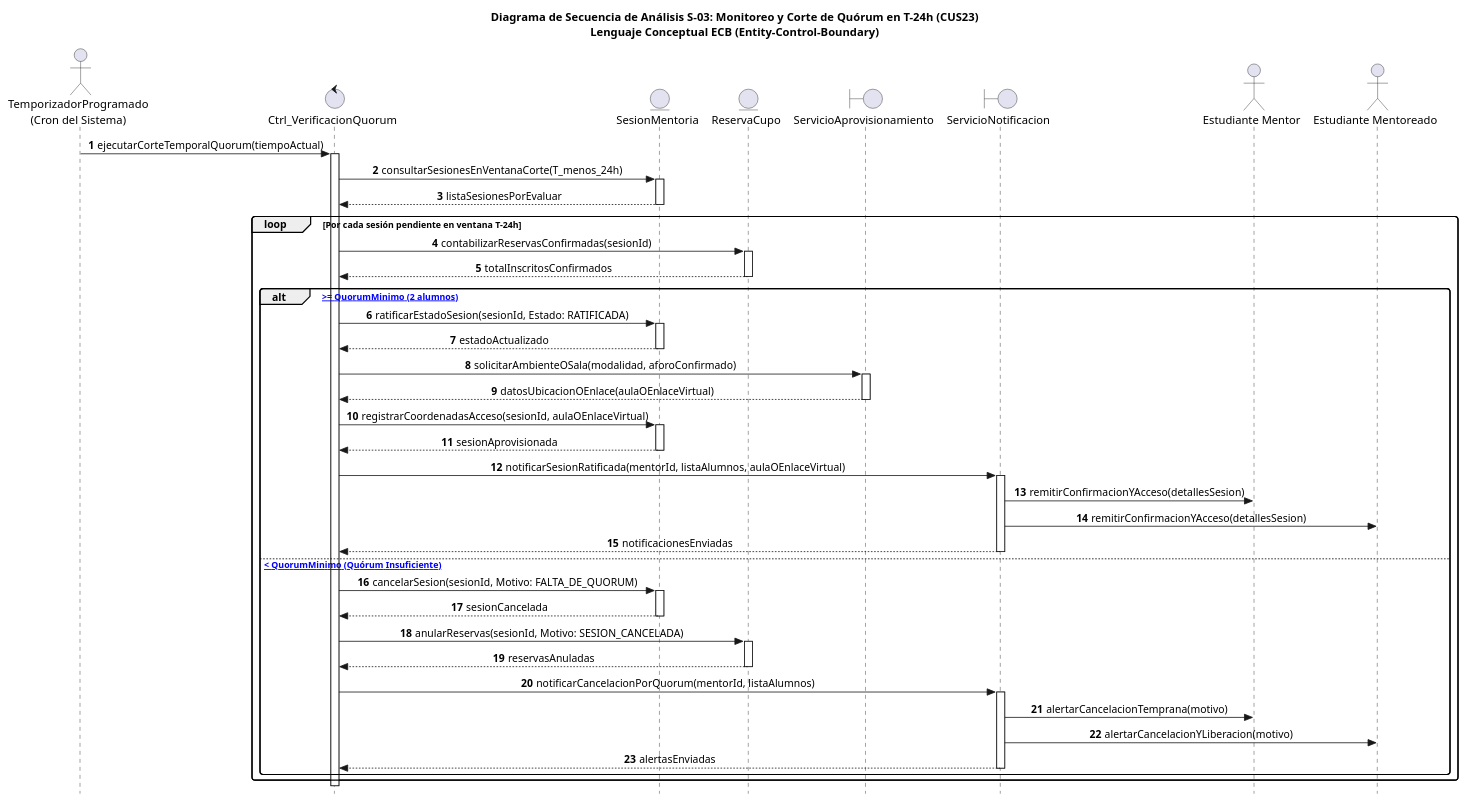
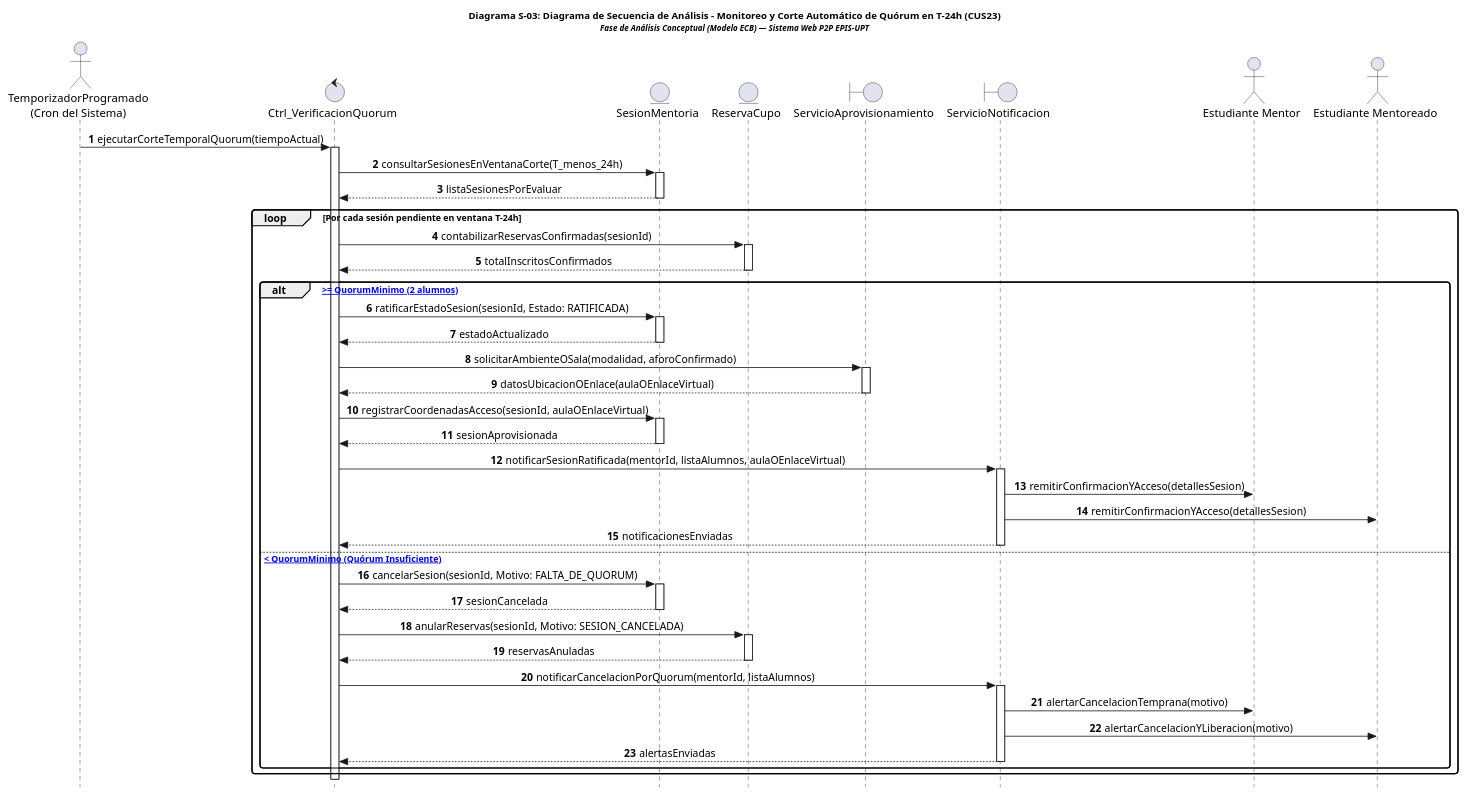
One commit to JMedina255/sistema_web_p2p changed the third of 4 diagrams in docs/diagramas_secuencia_pruebas.md. Above: the diagram before and after it, drawn with PlantUML. The commit also changed other lines of this file and 3 other files, not shown here.

Commit message:
docs: refactorizar diagramas_de_secuencia.md con estandar formal SAD de analisis ECB y titulos explictos en PlantUML

````diff
--- a/docs/diagramas_secuencia_pruebas.md
+++ b/docs/diagramas_secuencia_pruebas.md
@@ -215,6 +215,6 @@
 ```plantuml
 @startuml
-title Diagrama de Secuencia de Análisis S-03: Monitoreo y Corte de Quórum en T-24h (CUS23)\nLenguaje Conceptual ECB (Entity-Control-Boundary)
+title <size:12><b>Diagrama S-03: Diagrama de Secuencia de Análisis - Monitoreo y Corte Automático de Quórum en T-24h (CUS23)</b></size>\n<size:10><i>Fase de Análisis Conceptual (Modelo ECB) — Sistema Web P2P EPIS-UPT</i></size>
 
 autonumber
 skinparam style strictuml
````
